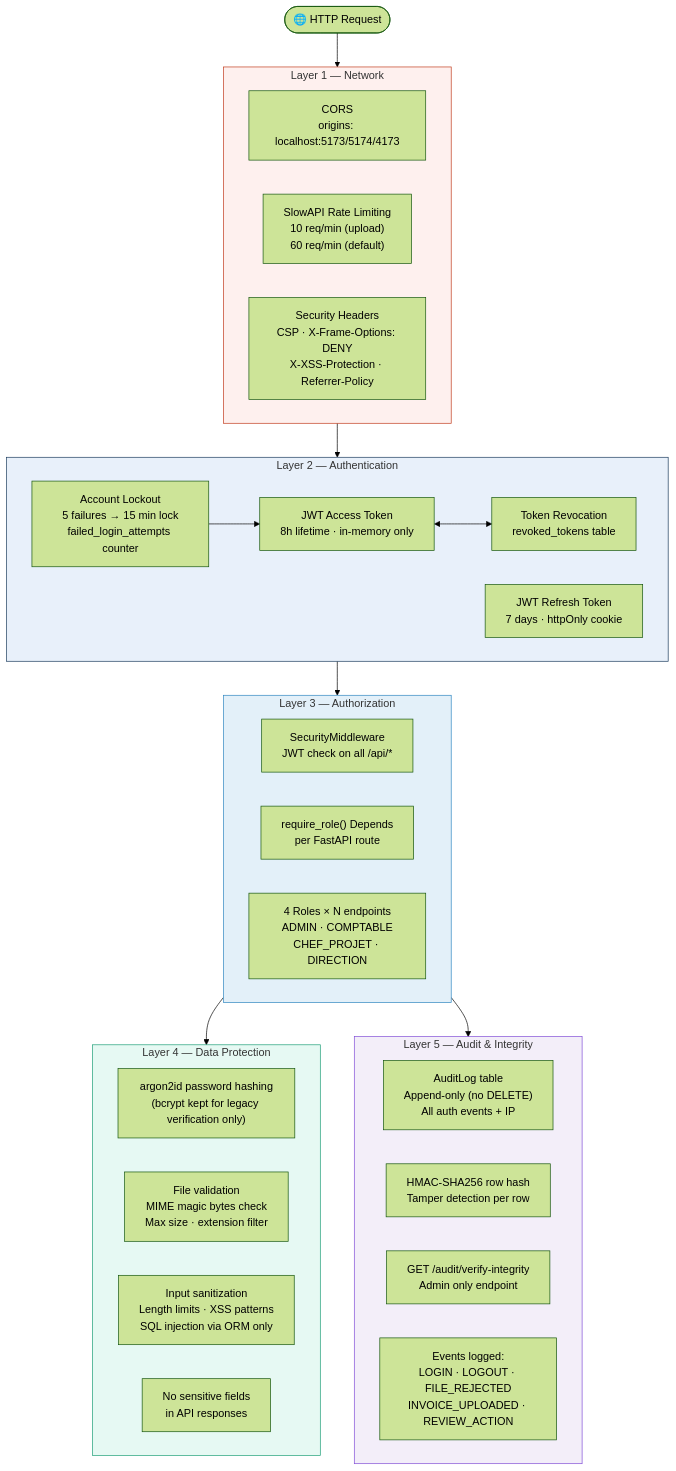
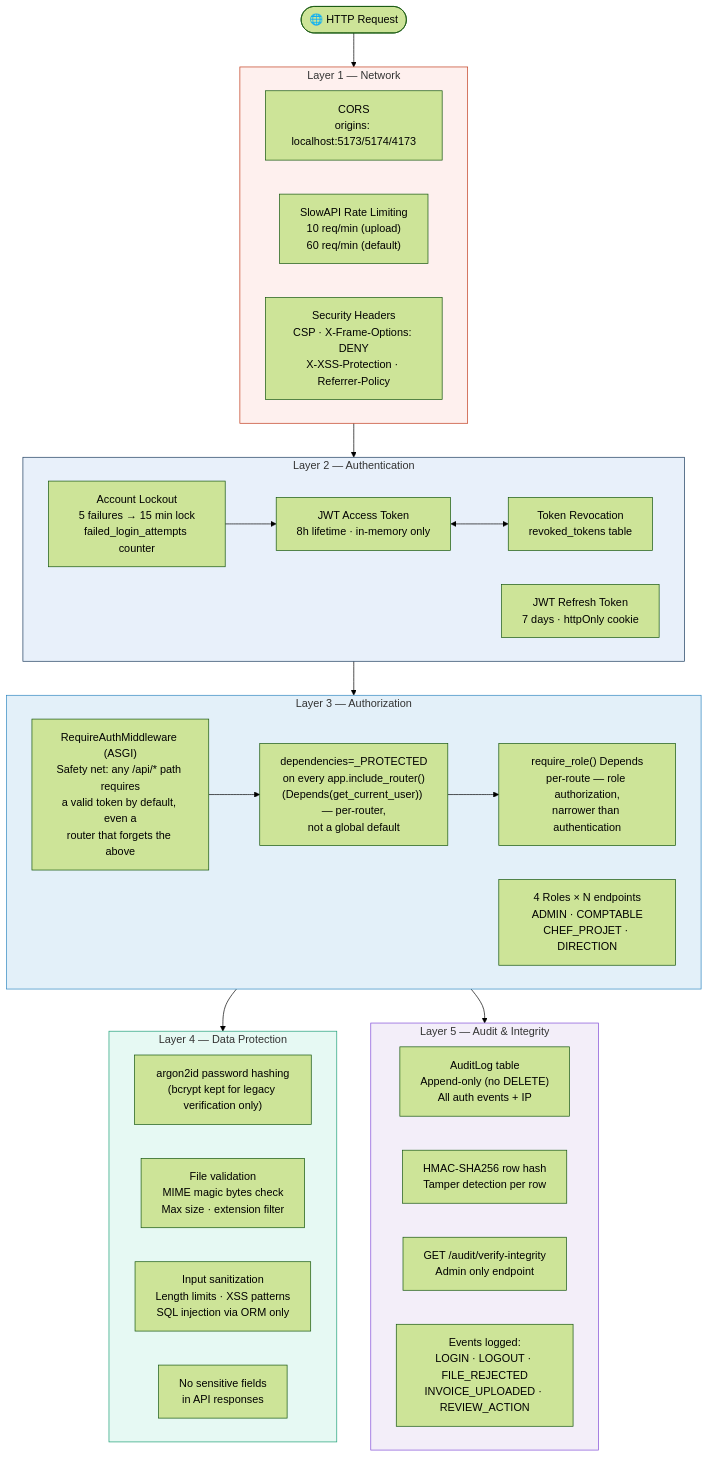
Before and after one commit to bayaCh05/biat-billing-agent: the diagram in docs/diagrams/04_architecture_securite.md, drawn with Mermaid (forest theme). The commit also changed other lines of this file and 5 other files, not shown here.

````diff
--- a/docs/diagrams/04_architecture_securite.md
+++ b/docs/diagrams/04_architecture_securite.md
@@ -9,54 +35,56 @@
 ```mermaid
 flowchart TB
   classDef layer1 fill:#C0391B,color:#fff,stroke:none
   classDef layer2 fill:#1A3A5C,color:#fff,stroke:none
   classDef layer3 fill:#2E86C1,color:#fff,stroke:none
   classDef layer4 fill:#1D9E76,color:#fff,stroke:none
   classDef layer5 fill:#804CD7,color:#fff,stroke:none
 
   Request(["🌐 HTTP Request"])
 
   subgraph L1["Layer 1 — Network"]
     CORS["CORS\norigins: localhost:5173/5174/4173"]
     Rate["SlowAPI Rate Limiting\n10 req/min (upload)\n60 req/min (default)"]
     Headers["Security Headers\nCSP · X-Frame-Options: DENY\nX-XSS-Protection · Referrer-Policy"]
   end
 
   subgraph L2["Layer 2 — Authentication"]
     JWT["JWT Access Token\n8h lifetime · in-memory only"]
     Refresh["JWT Refresh Token\n7 days · httpOnly cookie"]
     Revoke["Token Revocation\nrevoked_tokens table"]
     Lockout["Account Lockout\n5 failures → 15 min lock\nfailed_login_attempts counter"]
   end
 
   subgraph L3["Layer 3 — Authorization"]
-    Middleware["SecurityMiddleware\nJWT check on all /api/*"]
-    RequireRole["require_role() Depends\nper FastAPI route"]
+    ProtectedDeps["dependencies=_PROTECTED\non every app.include_router()\n(Depends(get_current_user)) — per-router,\nnot a global default"]
+    AuthMW["RequireAuthMiddleware (ASGI)\nSafety net: any /api/* path requires\na valid token by default, even a\nrouter that forgets the above"]
+    RequireRole["require_role() Depends\nper-route — role authorization,\nnarrower than authentication"]
     RBAC["4 Roles × N endpoints\nADMIN · COMPTABLE\nCHEF_PROJET · DIRECTION"]
+    AuthMW --> ProtectedDeps --> RequireRole
   end
 
   subgraph L4["Layer 4 — Data Protection"]
     Bcrypt["argon2id password hashing\n(bcrypt kept for legacy verification only)"]
     FileVal["File validation\nMIME magic bytes check\nMax size · extension filter"]
     Sanitize["Input sanitization\nLength limits · XSS patterns\nSQL injection via ORM only"]
     NoLeak["No sensitive fields\nin API responses"]
   end
 
   subgraph L5["Layer 5 — Audit & Integrity"]
     AuditLog["AuditLog table\nAppend-only (no DELETE)\nAll auth events + IP"]
     HMAC["HMAC-SHA256 row hash\nTamper detection per row"]
     Verify["GET /audit/verify-integrity\nAdmin only endpoint"]
     Events["Events logged:\nLOGIN · LOGOUT · FILE_REJECTED\nINVOICE_UPLOADED · REVIEW_ACTION"]
   end
 
   Request --> L1 --> L2 --> L3 --> L4
   L3 --> L5
   JWT <--> Revoke
   Lockout --> JWT
 
   style L1 fill:#FEF0EE,stroke:#C0391B
   style L2 fill:#E8F0FA,stroke:#1A3A5C
   style L3 fill:#E3F0F9,stroke:#2E86C1
   style L4 fill:#E6F9F3,stroke:#1D9E76
   style L5 fill:#F3EEF9,stroke:#804CD7
 ```
````
